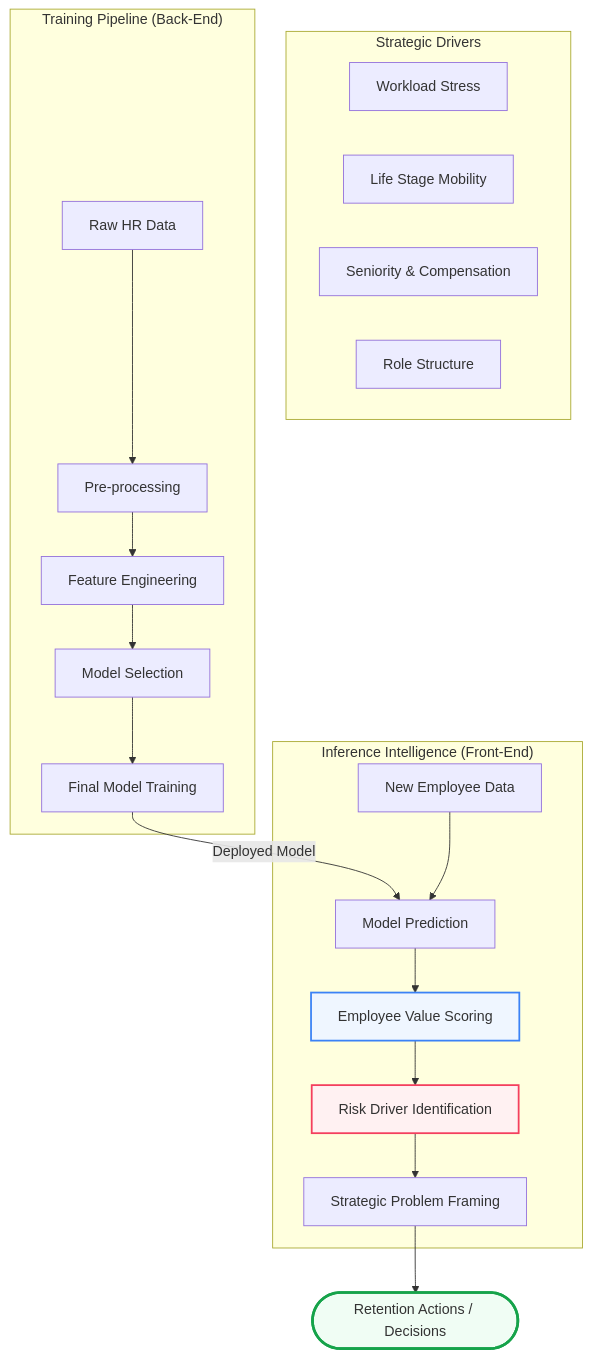
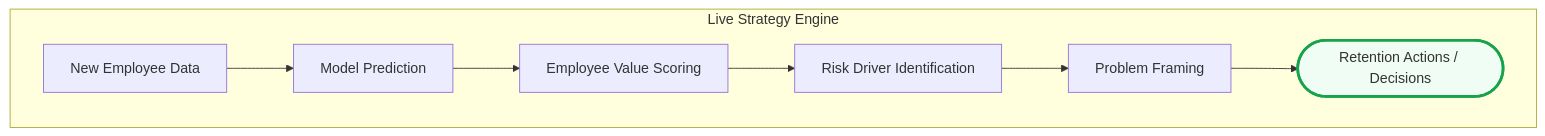
Before and after one commit to Andrew-Hany/employee-attrition-decision-system: the third of 6 diagrams in README.md, drawn with Mermaid. The commit also changed other lines of this file, not shown here.

Commit message:
Complete the project documentation as a 3-Phase technical journey (EDA, Training, Inference)

````diff
--- a/README.md
+++ b/README.md
@@ -16,31 +99,12 @@
 ```mermaid
 graph TD
-    subgraph "Strategic Drivers"
-        W[Workload Stress]
-        L[Life Stage Mobility]
-        S[Seniority & Compensation]
-        R[Role Structure]
-    end
-
-    subgraph "Training Pipeline (Back-End)"
-        D1[Raw HR Data] --> P1[Pre-processing]
-        P1 --> F1[Feature Engineering]
-        F1 --> M1[Model Selection]
-        M1 --> T1[Final Model Training]
-    end
-
-    T1 -- "Deployed Model" --> P2
-
-    subgraph "Inference Intelligence (Front-End)"
+    subgraph "Live Strategy Engine"
         D2[New Employee Data] --> P2[Model Prediction]
         P2 --> S2[Employee Value Scoring]
         S2 --> R2[Risk Driver Identification]
-        R2 --> F2[Strategic Problem Framing]
+        R2 --> F2[Problem Framing]
+        F2 --> O([Retention Actions / Decisions])
     end
-
-    F2 --> O([Retention Actions / Decisions])
-
+    
     style O fill:#f0fdf4,stroke:#16a34a,stroke-width:3px
-    style S2 fill:#eff6ff,stroke:#3b82f6,stroke-width:2px
-    style R2 fill:#fff1f2,stroke:#f43f5e,stroke-width:2px
 ```
````
